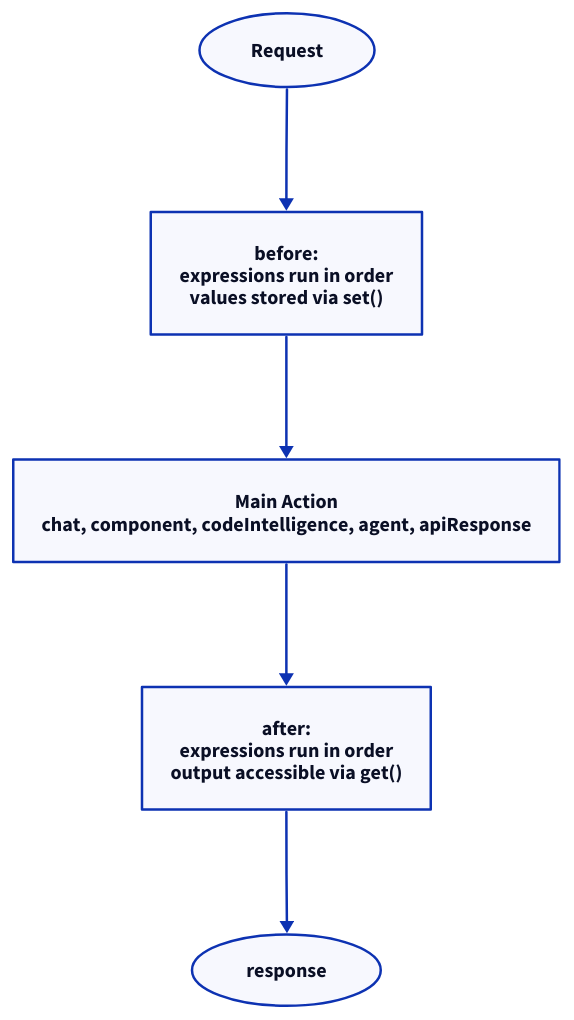
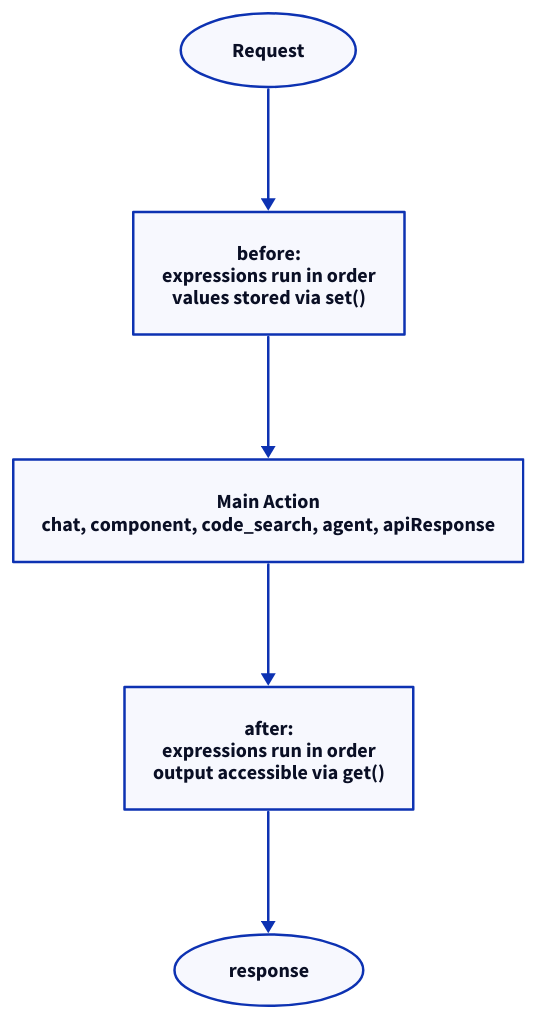
Before and after one commit to kdeps/kdeps: the diagram in docs/v2/reference/expr-blocks.md, drawn with D2. The commit also changed other lines of this file and 36 other files, not shown here.

````diff
--- a/docs/v2/reference/expr-blocks.md
+++ b/docs/v2/reference/expr-blocks.md
@@ -111,11 +111,11 @@
 ```d2
 direction: down
 
 A: Request {shape: oval}
 B: "before:\nexpressions run in order\nvalues stored via set()"
-C: "Main Action\nchat, component, codeIntelligence, agent, apiResponse"
+C: "Main Action\nchat, component, code_search, agent, apiResponse"
 D: "after:\nexpressions run in order\noutput accessible via get()"
 E: response {shape: oval}
 
 A -> B -> C -> D -> E
 ```
````
